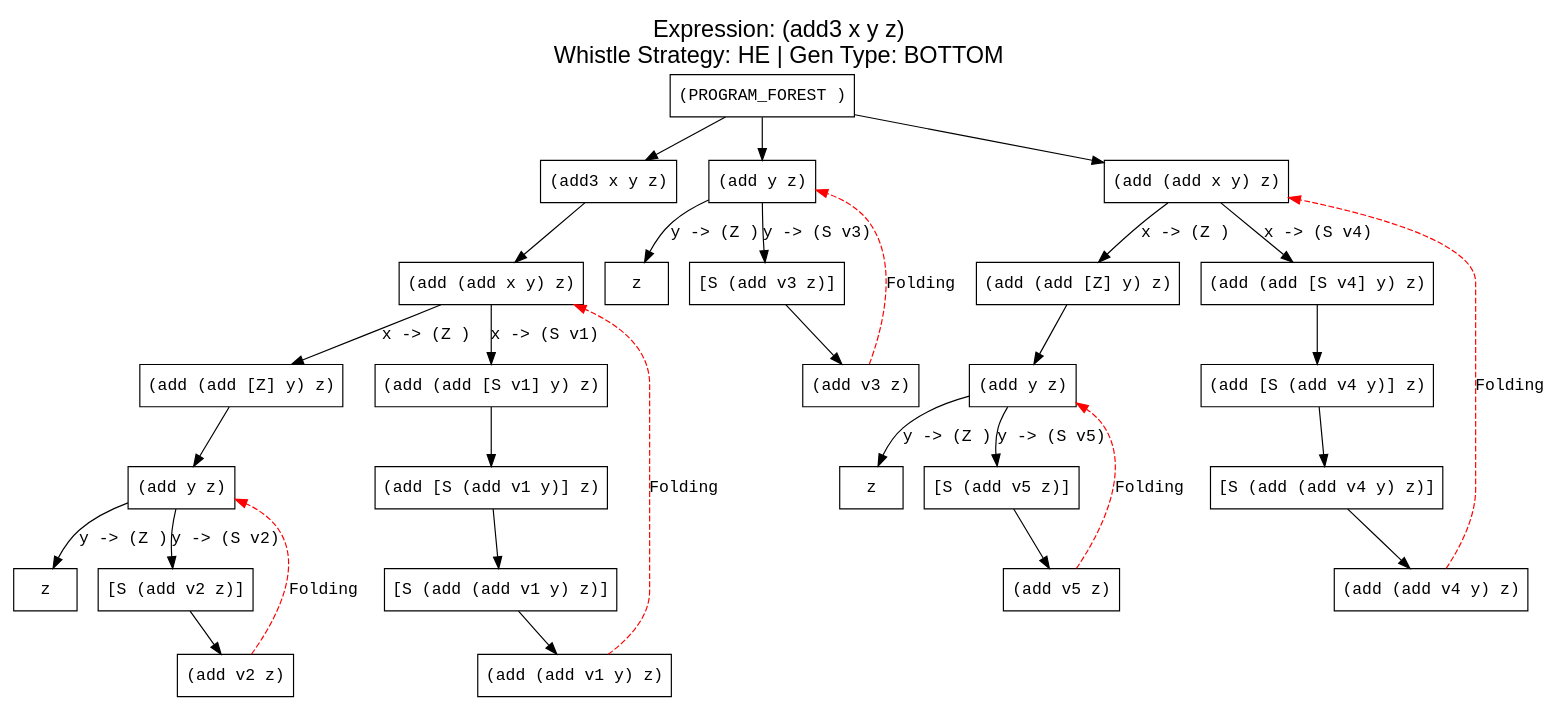
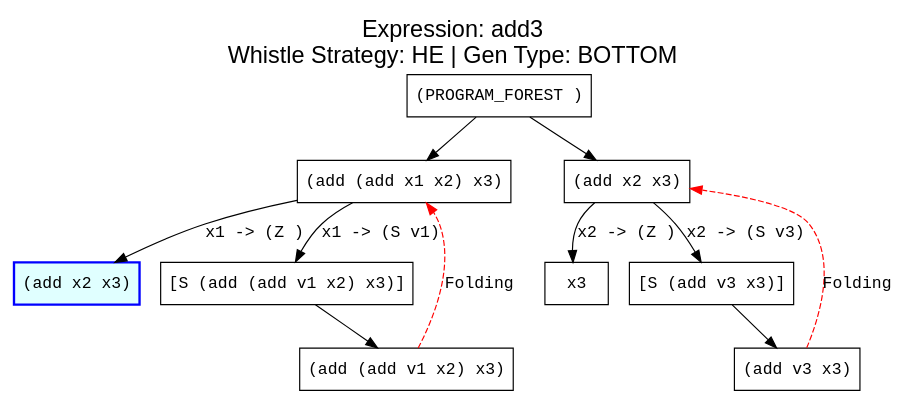
One commit to makezh/coursework_supercompiler changed the diagram in output/test3_add3/he_bottom.dot. Above: the diagram before and after it, drawn with Graphviz. The commit also changed 5 other files, not shown here.

```diff
--- a/output/test3_add3/he_bottom.dot
+++ b/output/test3_add3/he_bottom.dot
@@ -1,65 +1,28 @@
 digraph ProcessTree {
-  label="Expression: (add3 x y z)\nWhistle Strategy: HE | Gen Type: BOTTOM";
+  label="Expression: add3\nWhistle Strategy: HE | Gen Type: BOTTOM";
   labelloc="t";
   fontsize=20;
   fontname="Arial";
 
     node [fontname="Courier New"];
     edge [fontname="Courier New"];
     n0 [label="(PROGRAM_FOREST )", shape=box];
     n0 -> n1 [label=""];
     n0 -> n2 [label=""];
-    n0 -> n3 [label=""];
-    n1 [label="(add3 x y z)", shape=box];
-    n1 -> n4 [label=""];
-    n2 [label="(add y z)", shape=box];
-    n2 -> n5 [label="y -> (Z )"];
-    n2 -> n6 [label="y -> (S v3)"];
-    n3 [label="(add (add x y) z)", shape=box];
-    n3 -> n7 [label="x -> (Z )"];
-    n3 -> n8 [label="x -> (S v4)"];
-    n4 [label="(add (add x y) z)", shape=box];
-    n4 -> n9 [label="x -> (Z )"];
-    n4 -> n10 [label="x -> (S v1)"];
-    n5 [label="z", shape=box];
-    n6 [label="[S (add v3 z)]", shape=box];
-    n6 -> n11 [label=""];
-    n7 [label="(add (add [Z] y) z)", shape=box];
-    n7 -> n12 [label=""];
-    n8 [label="(add (add [S v4] y) z)", shape=box];
-    n8 -> n13 [label=""];
-    n9 [label="(add (add [Z] y) z)", shape=box];
-    n9 -> n14 [label=""];
-    n10 [label="(add (add [S v1] y) z)", shape=box];
-    n10 -> n15 [label=""];
-    n11 [label="(add v3 z)", shape=box];
-    n11 -> n2 [style=dashed, color=red, label="Folding"];
-    n12 [label="(add y z)", shape=box];
-    n12 -> n16 [label="y -> (Z )"];
-    n12 -> n17 [label="y -> (S v5)"];
-    n13 [label="(add [S (add v4 y)] z)", shape=box];
-    n13 -> n18 [label=""];
-    n14 [label="(add y z)", shape=box];
-    n14 -> n19 [label="y -> (Z )"];
-    n14 -> n20 [label="y -> (S v2)"];
-    n15 [label="(add [S (add v1 y)] z)", shape=box];
-    n15 -> n21 [label=""];
-    n16 [label="z", shape=box];
-    n17 [label="[S (add v5 z)]", shape=box];
-    n17 -> n22 [label=""];
-    n18 [label="[S (add (add v4 y) z)]", shape=box];
-    n18 -> n23 [label=""];
-    n19 [label="z", shape=box];
-    n20 [label="[S (add v2 z)]", shape=box];
-    n20 -> n24 [label=""];
-    n21 [label="[S (add (add v1 y) z)]", shape=box];
-    n21 -> n25 [label=""];
-    n22 [label="(add v5 z)", shape=box];
-    n22 -> n12 [style=dashed, color=red, label="Folding"];
-    n23 [label="(add (add v4 y) z)", shape=box];
-    n23 -> n3 [style=dashed, color=red, label="Folding"];
-    n24 [label="(add v2 z)", shape=box];
-    n24 -> n14 [style=dashed, color=red, label="Folding"];
-    n25 [label="(add (add v1 y) z)", shape=box];
-    n25 -> n4 [style=dashed, color=red, label="Folding"];
+    n1 [label="(add (add x1 x2) x3)", shape=box];
+    n1 -> n3 [label="x1 -> (Z )"];
+    n1 -> n4 [label="x1 -> (S v1)"];
+    n2 [label="(add x2 x3)", shape=box];
+    n2 -> n5 [label="x2 -> (Z )"];
+    n2 -> n6 [label="x2 -> (S v3)"];
+    n3 [label="(add x2 x3)", shape=box, style="filled", fillcolor="lightcyan", color="blue", penwidth=2.0];
+    n4 [label="[S (add (add v1 x2) x3)]", shape=box];
+    n4 -> n7 [label=""];
+    n5 [label="x3", shape=box];
+    n6 [label="[S (add v3 x3)]", shape=box];
+    n6 -> n8 [label=""];
+    n7 [label="(add (add v1 x2) x3)", shape=box];
+    n7 -> n1 [style=dashed, color=red, label="Folding"];
+    n8 [label="(add v3 x3)", shape=box];
+    n8 -> n2 [style=dashed, color=red, label="Folding"];
 }
```
